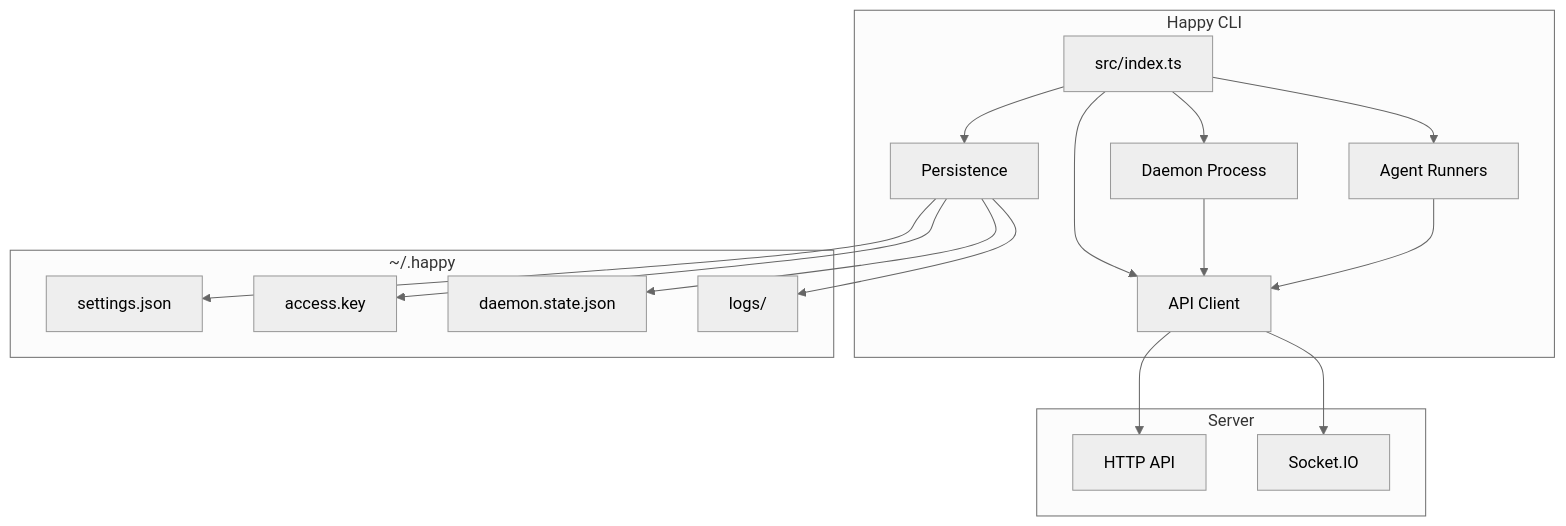
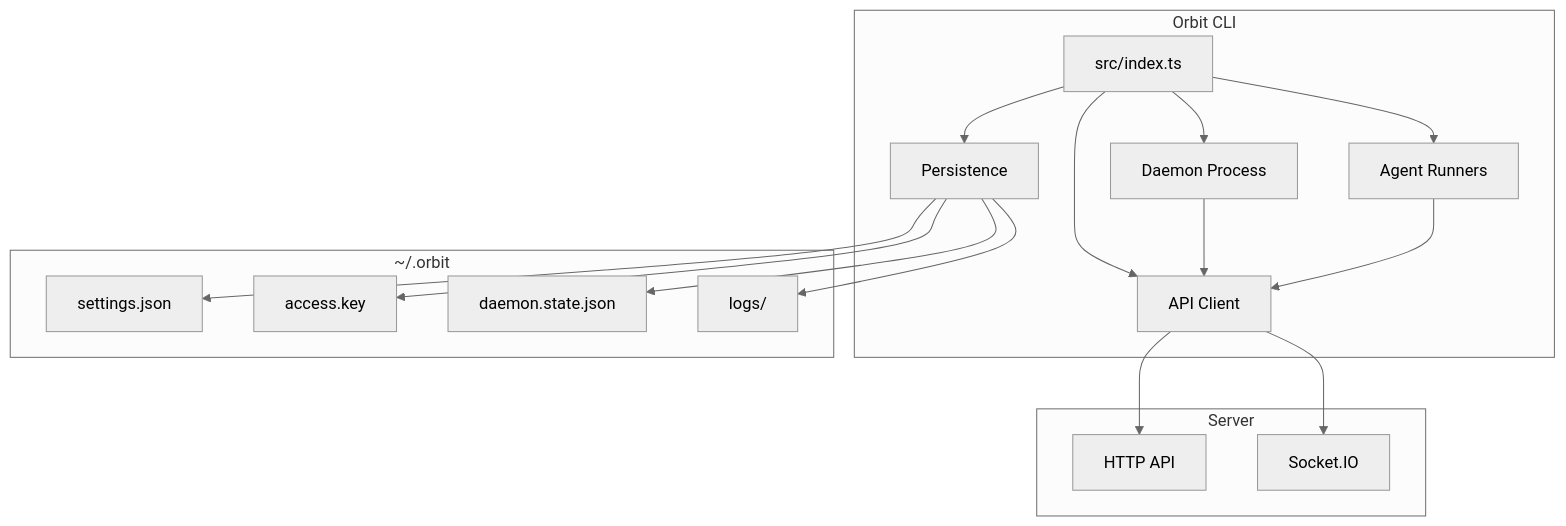
One commit to wwq20030329-oss/orbit changed the first of 12 diagrams in docs/cli-architecture.md. Above: the diagram before and after it, drawn with Mermaid (neutral theme). The commit also changed other lines of this file and 1919 other files, not shown here.

````diff
--- a/docs/cli-architecture.md
+++ b/docs/cli-architecture.md
@@ -7,33 +7,33 @@
 ```mermaid
 graph TB
-    subgraph "Happy CLI"
+    subgraph "Orbit CLI"
         Entry[src/index.ts]
         API[API Client]
         Daemon[Daemon Process]
         Agents[Agent Runners]
         Persist[Persistence]
     end
 
-    subgraph "~/.happy"
+    subgraph "~/.orbit"
         Settings[settings.json]
         AccessKey[access.key]
         DaemonState[daemon.state.json]
         Logs[logs/]
     end
 
     subgraph Server
         HTTP[HTTP API]
         Socket[Socket.IO]
     end
 
     Entry --> API
     Entry --> Daemon
     Entry --> Agents
     Entry --> Persist
 
     Persist --> Settings & AccessKey & DaemonState & Logs
 
     API --> HTTP & Socket
     Daemon --> API
     Agents --> API
 ```
````
